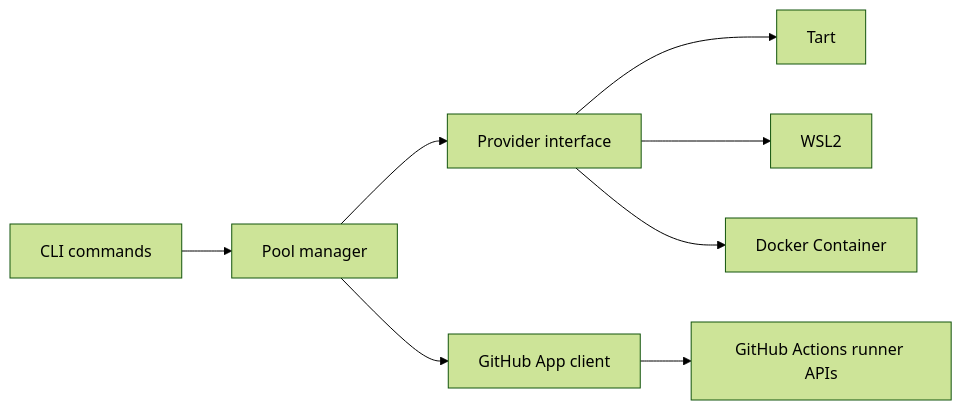
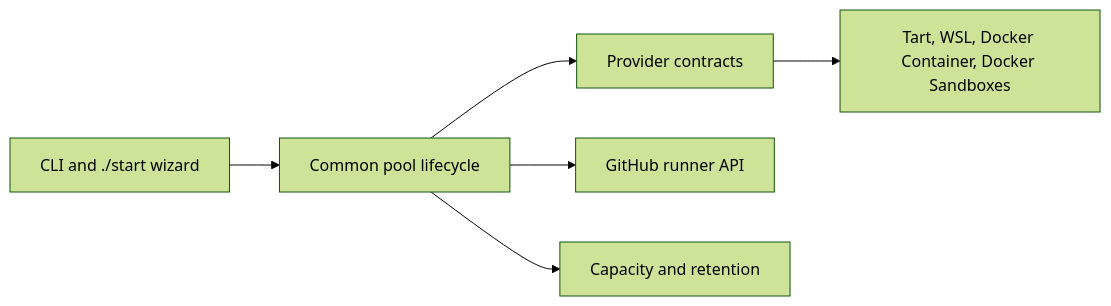
Before and after one commit to solutionforest/ephemeral-action-runner: the diagram in docs/design.md, drawn with Mermaid (forest theme). The commit also changed other lines of this file and 198 other files, not shown here.

First line of the commit message:
feat: add Docker Sandboxes with shared lifecycle and storage

````diff
--- a/docs/design.md
+++ b/docs/design.md
@@ -9,10 +5,8 @@
 ```mermaid
 flowchart LR
-  CLI["CLI commands"] --> Manager["Pool manager"]
-  Manager --> Provider["Provider interface"]
-  Manager --> GitHub["GitHub App client"]
-  Provider --> Tart["Tart"]
-  Provider --> WSL["WSL2"]
-  Provider --> DockerContainer["Docker Container"]
-  GitHub --> API["GitHub Actions runner APIs"]
+  CLI["CLI and ./start wizard"] --> Pool["Common pool lifecycle"]
+  Pool --> Provider["Provider contracts"]
+  Pool --> GitHub["GitHub runner API"]
+  Pool --> Storage["Capacity and retention"]
+  Provider --> Implementations["Tart, WSL, Docker Container, Docker Sandboxes"]
 ```
````
